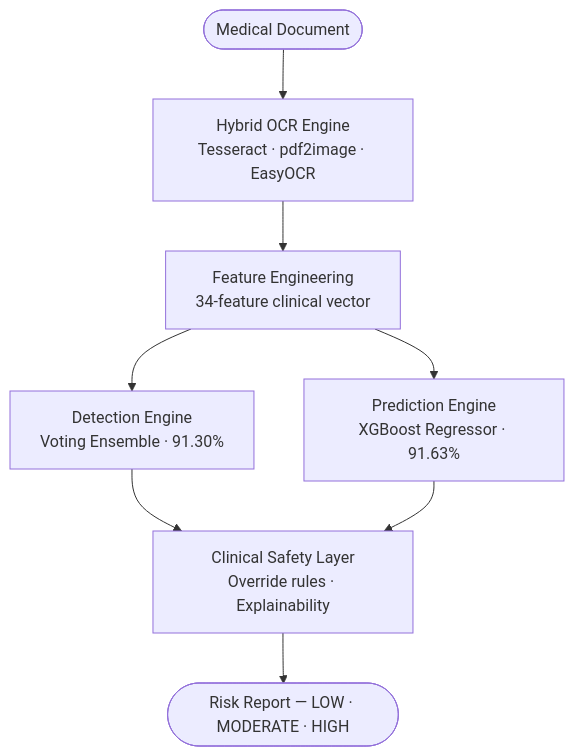
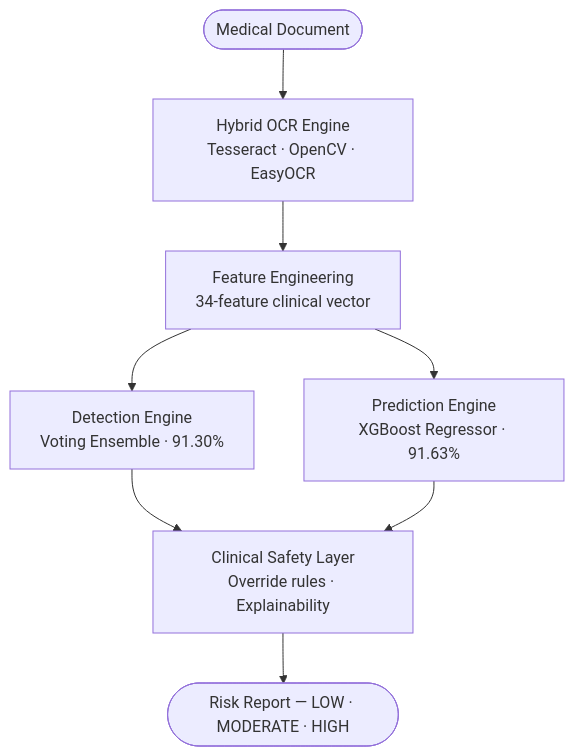
Before and after one commit to Prajan-v/CardioDetect: the first of 2 diagrams in README.md, drawn with Mermaid. The commit also changed other lines of this file and 6 other files, not shown here.

````diff
--- a/README.md
+++ b/README.md
@@ -45,9 +45,9 @@
 ```mermaid
 graph TB
-    A([Medical Document]) --> B[Hybrid OCR Engine<br/>Tesseract · pdf2image · EasyOCR]
+    A([Medical Document]) --> B[Hybrid OCR Engine<br/>Tesseract · OpenCV · EasyOCR]
     B --> C[Feature Engineering<br/>34-feature clinical vector]
     C --> D1[Detection Engine<br/>Voting Ensemble · 91.30%]
     C --> D2[Prediction Engine<br/>XGBoost Regressor · 91.63%]
     D1 & D2 --> E[Clinical Safety Layer<br/>Override rules · Explainability]
     E --> F([Risk Report — LOW · MODERATE · HIGH])
 ```
````
